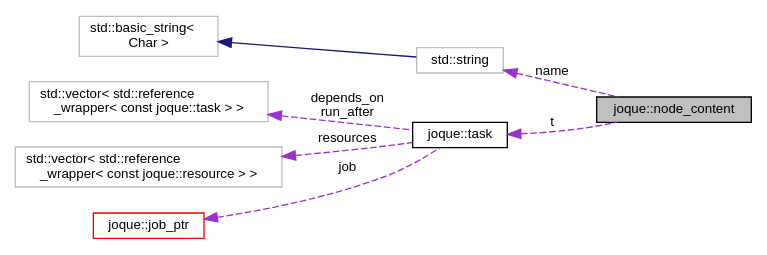
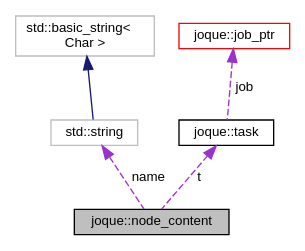
One commit to koniarik/joque changed the diagram in structjoque_1_1node__content__coll__graph.dot. Above: the diagram before and after it, drawn with Graphviz. The commit also changed 270 other files, not shown here.

```diff
--- a/structjoque_1_1node__content__coll__graph.dot
+++ b/structjoque_1_1node__content__coll__graph.dot
@@ -1,20 +1,15 @@
 digraph "joque::node_content"
 {
  // LATEX_PDF_SIZE
   edge [fontname="Helvetica",fontsize="10",labelfontname="Helvetica",labelfontsize="10"];
   node [fontname="Helvetica",fontsize="10",shape=record];
-  rankdir="LR";
   Node1 [label="joque::node_content",height=0.2,width=0.4,color="black", fillcolor="grey75", style="filled", fontcolor="black",tooltip=" "];
   Node2 -> Node1 [dir="back",color="darkorchid3",fontsize="10",style="dashed",label=" name" ,fontname="Helvetica"];
   Node2 [label="std::string",height=0.2,width=0.4,color="grey75", fillcolor="white", style="filled",tooltip=" "];
   Node3 -> Node2 [dir="back",color="midnightblue",fontsize="10",style="solid",fontname="Helvetica"];
   Node3 [label="std::basic_string\<\l Char \>",height=0.2,width=0.4,color="grey75", fillcolor="white", style="filled",tooltip=" "];
   Node4 -> Node1 [dir="back",color="darkorchid3",fontsize="10",style="dashed",label=" t" ,fontname="Helvetica"];
   Node4 [label="joque::task",height=0.2,width=0.4,color="black", fillcolor="white", style="filled",URL="$namespacejoque.html#structjoque_1_1task",tooltip="Single task that should be executed by the system."];
-  Node5 -> Node4 [dir="back",color="darkorchid3",fontsize="10",style="dashed",label=" depends_on\nrun_after" ,fontname="Helvetica"];
-  Node5 [label="std::vector\< std::reference\l_wrapper\< const joque::task \> \>",height=0.2,width=0.4,color="grey75", fillcolor="white", style="filled",tooltip=" "];
-  Node6 -> Node4 [dir="back",color="darkorchid3",fontsize="10",style="dashed",label=" resources" ,fontname="Helvetica"];
-  Node6 [label="std::vector\< std::reference\l_wrapper\< const joque::resource \> \>",height=0.2,width=0.4,color="grey75", fillcolor="white", style="filled",tooltip=" "];
-  Node7 -> Node4 [dir="back",color="darkorchid3",fontsize="10",style="dashed",label=" job" ,fontname="Helvetica"];
-  Node7 [label="joque::job_ptr",height=0.2,width=0.4,color="red", fillcolor="white", style="filled",URL="$structjoque_1_1job__ptr.html",tooltip="Custom unique_ptr wrapper that simplifies syntax of tasks."];
+  Node5 -> Node4 [dir="back",color="darkorchid3",fontsize="10",style="dashed",label=" job" ,fontname="Helvetica"];
+  Node5 [label="joque::job_ptr",height=0.2,width=0.4,color="red", fillcolor="white", style="filled",URL="$structjoque_1_1job__ptr.html",tooltip="Custom unique_ptr wrapper that simplifies syntax of tasks."];
 }
```
